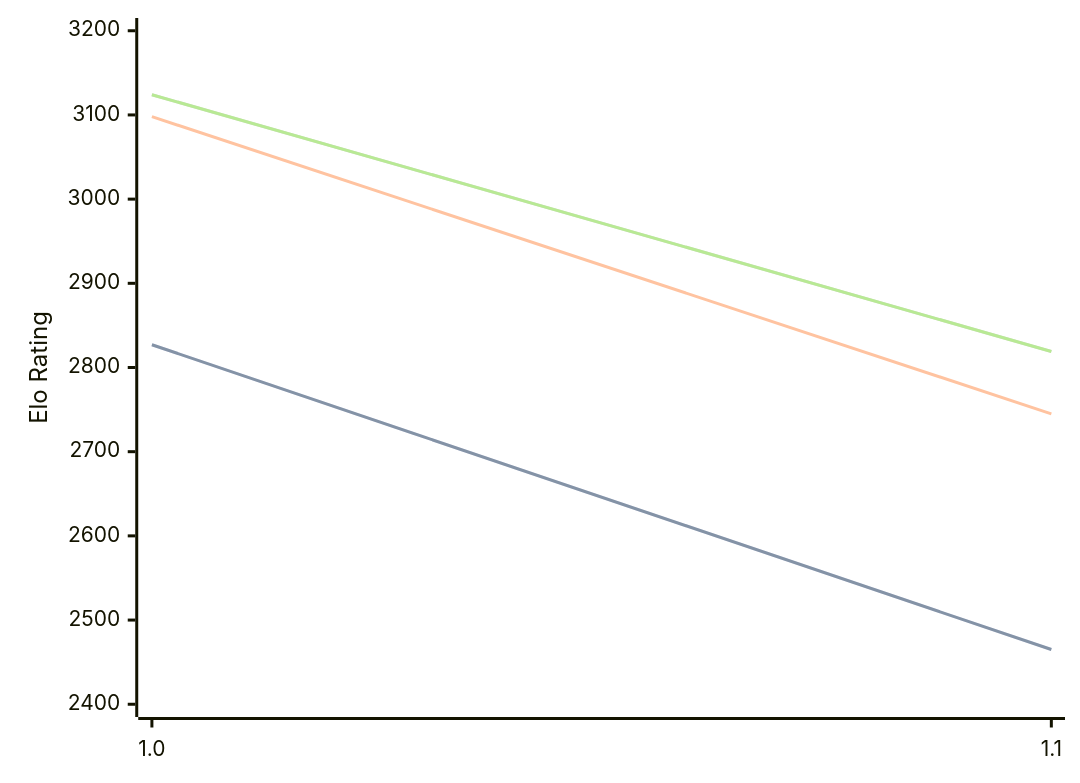
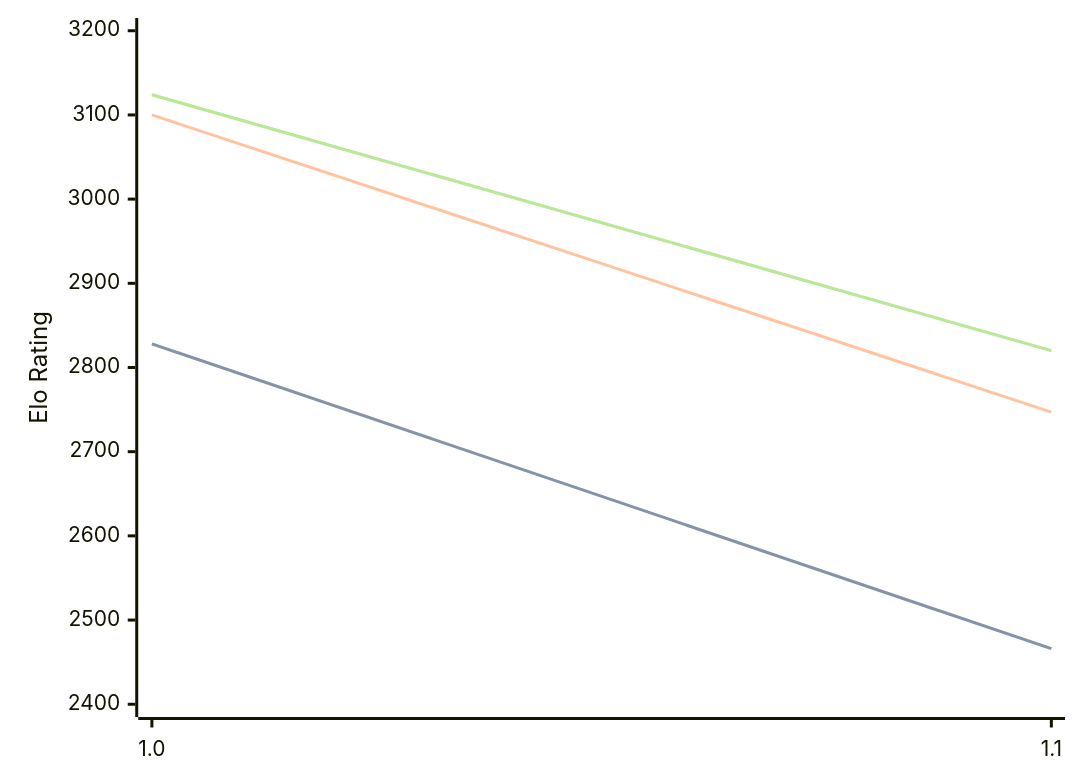
Before and after one commit to computer-chess-index/cci: the third of 3 diagrams in engines/Publius.md, drawn with Mermaid. The commit also changed other lines of this file, not shown here.

Commit message:
Update CCI Ratings (ELO VLTC) - 2026-07-13

````diff
--- a/engines/Publius.md
+++ b/engines/Publius.md
@@ -65,11 +65,11 @@
 ```mermaid
 %%{init: {"theme":"base","themeVariables":{"seriesColors:['#a3a3a3','#222221','#faa371']}}}%%
 xychart-beta
   x-axis ["1.0", "1.1"]
   y-axis "Elo Rating" 2400 --> 3200
-  line "STC (8.0+0.08s)" [2827, 2465]
-  line "STC (8.0+0.08s)" [2827, 2465]
-  line "LTC (60.0+0.60s)" [3098, 2745]
-  line "VLTC (2m24s+1.12s)" [3124, 2819]
-  line "VLTC (2m24s+1.12s)" [3124, 2819]
+  line "STC (8.0+0.08s)" [2828, 2466]
+  line "STC (8.0+0.08s)" [2828, 2466]
+  line "LTC (60.0+0.60s)" [3100, 2747]
+  line "VLTC (2m24s+1.12s)" [3124, 2820]
+  line "VLTC (2m24s+1.12s)" [3124, 2820]
 ```
````
